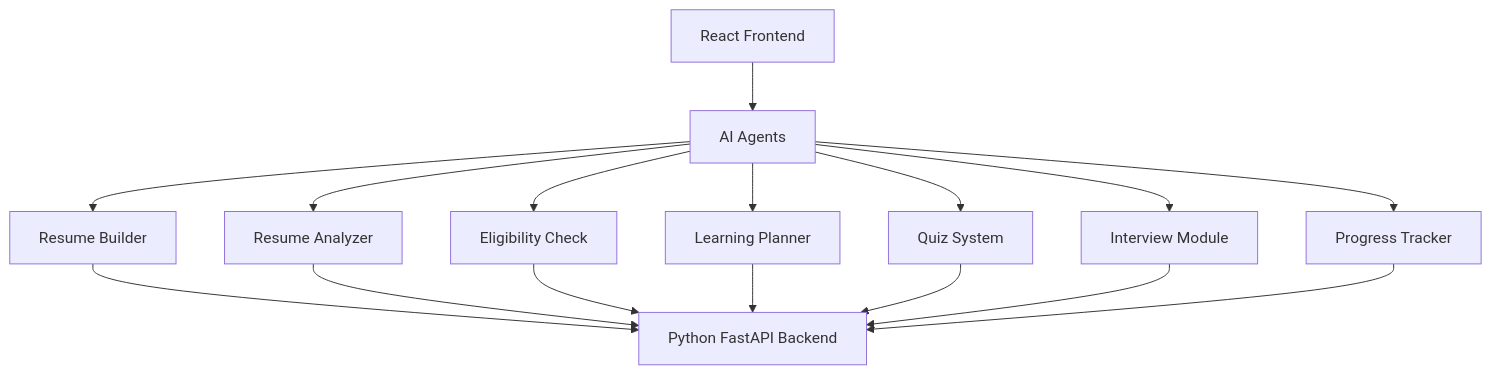
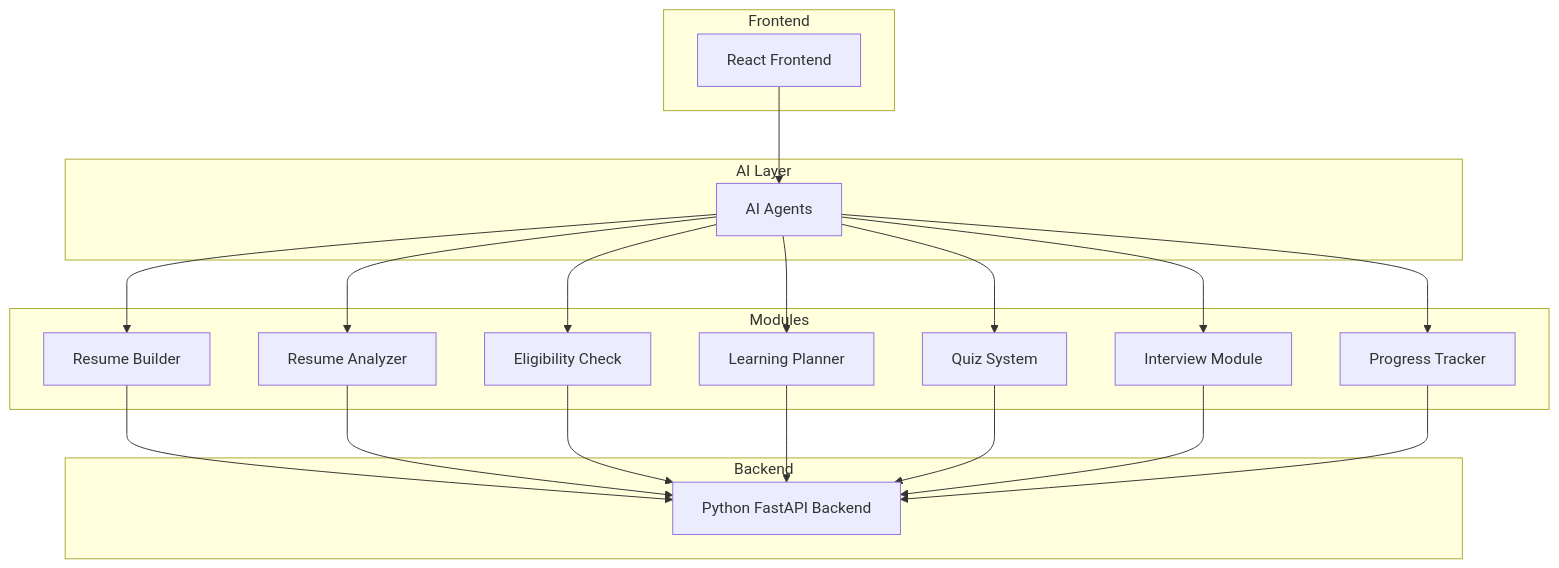
The diagram in README.md (sanket1505/VidyaMitra-The-Intelligent-Career-Agent-AI-Powered-Resume-Evaluator-Trainer-Career-Planner), drawn with Mermaid before and after one commit.

````diff
--- a/README.md
+++ b/README.md
@@ -70,21 +66,42 @@
 ```mermaid
-flowchart TD
+flowchart TB
 
-A[React Frontend] --> B[AI Agents]
+subgraph Frontend
+A[React Frontend]
+end
 
-B --> C[Resume Builder]
-B --> D[Resume Analyzer]
-B --> E[Eligibility Check]
-B --> F[Learning Planner]
-B --> G[Quiz System]
-B --> H[Interview Module]
-B --> I[Progress Tracker]
+subgraph AI Layer
+B[AI Agents]
+end
 
-C --> J[Python FastAPI Backend]
+subgraph Modules
+C[Resume Builder]
+D[Resume Analyzer]
+E[Eligibility Check]
+F[Learning Planner]
+G[Quiz System]
+H[Interview Module]
+I[Progress Tracker]
+end
+
+subgraph Backend
+J[Python FastAPI Backend]
+end
+
+A --> B
+B --> C
+B --> D
+B --> E
+B --> F
+B --> G
+B --> H
+B --> I
+
+C --> J
 D --> J
 E --> J
 F --> J
 G --> J
 H --> J
 I --> J
 ```
````
